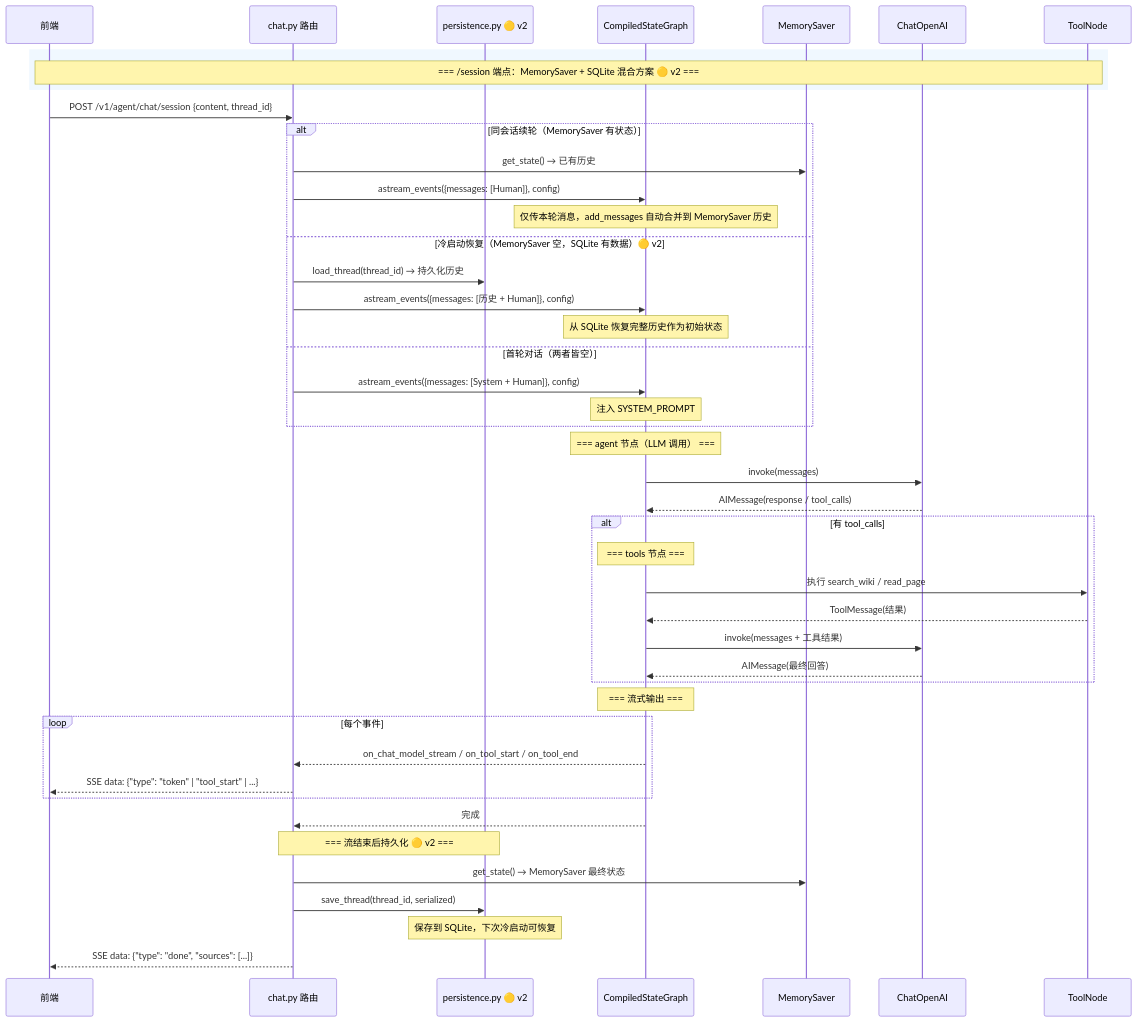
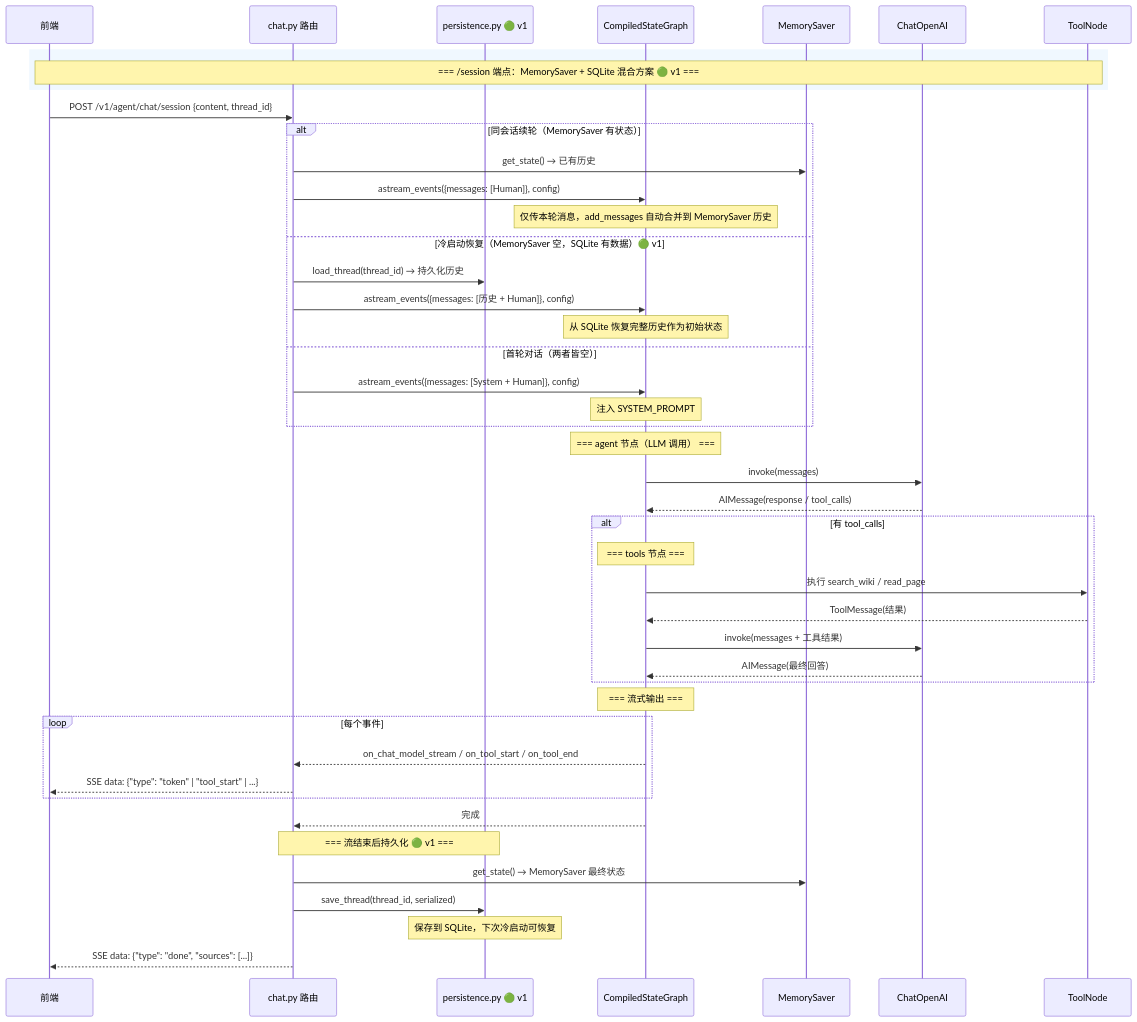
The second of 10 diagrams in docs/agent-architecture-diagrams.md (wuLa0702/llm_wiki_selfbuild), drawn with Mermaid before and after one commit. The commit also changed other lines of this file, not shown here.

First line of the commit message:
docs(agent): 更新架构图——添加 approve 节点 (Human-in-the-Loop)

````diff
--- a/docs/agent-architecture-diagrams.md
+++ b/docs/agent-architecture-diagrams.md
@@ -51,58 +55,58 @@
 ```mermaid
 sequenceDiagram
     participant Client as 前端
     participant Route as chat.py 路由
-    participant Persist as persistence.py 🟡 v2
+    participant Persist as persistence.py 🟢 v1
     participant Graph as CompiledStateGraph
     participant Checkpoint as MemorySaver
     participant LLM as ChatOpenAI
     participant Tools as ToolNode
 
     rect rgb(240, 248, 255)
-        Note over Client,Tools: === /session 端点：MemorySaver + SQLite 混合方案 🟡 v2 ===
+        Note over Client,Tools: === /session 端点：MemorySaver + SQLite 混合方案 🟢 v1 ===
     end
 
     Client->>Route: POST /v1/agent/chat/session {content, thread_id}
 
     alt 同会话续轮（MemorySaver 有状态）
         Route->>Checkpoint: get_state() → 已有历史
         Route->>Graph: astream_events({messages: [Human]}, config)
         Note over Graph: 仅传本轮消息，add_messages 自动合并到 MemorySaver 历史
 
-    else 冷启动恢复（MemorySaver 空，SQLite 有数据）🟡 v2
+    else 冷启动恢复（MemorySaver 空，SQLite 有数据）🟢 v1
         Route->>Persist: load_thread(thread_id) → 持久化历史
         Route->>Graph: astream_events({messages: [历史 + Human]}, config)
         Note over Graph: 从 SQLite 恢复完整历史作为初始状态
 
     else 首轮对话（两者皆空）
         Route->>Graph: astream_events({messages: [System + Human]}, config)
         Note over Graph: 注入 SYSTEM_PROMPT
     end
 
     Note over Graph: === agent 节点（LLM 调用） ===
     Graph->>LLM: invoke(messages)
     LLM-->>Graph: AIMessage(response / tool_calls)
 
     alt 有 tool_calls
         Note over Graph: === tools 节点 ===
         Graph->>Tools: 执行 search_wiki / read_page
         Tools-->>Graph: ToolMessage(结果)
         Graph->>LLM: invoke(messages + 工具结果)
         LLM-->>Graph: AIMessage(最终回答)
     end
 
     Note over Graph: === 流式输出 ===
     loop 每个事件
         Graph-->>Route: on_chat_model_stream / on_tool_start / on_tool_end
         Route-->>Client: SSE data: {"type": "token" | "tool_start" | ...}
     end
 
     Graph-->>Route: 完成
 
-    Note over Route,Persist: === 流结束后持久化 🟡 v2 ===
+    Note over Route,Persist: === 流结束后持久化 🟢 v1 ===
     Route->>Checkpoint: get_state() → MemorySaver 最终状态
     Route->>Persist: save_thread(thread_id, serialized)
     Note over Persist: 保存到 SQLite，下次冷启动可恢复
 
     Route-->>Client: SSE data: {"type": "done", "sources": [...]}
 ```
````
